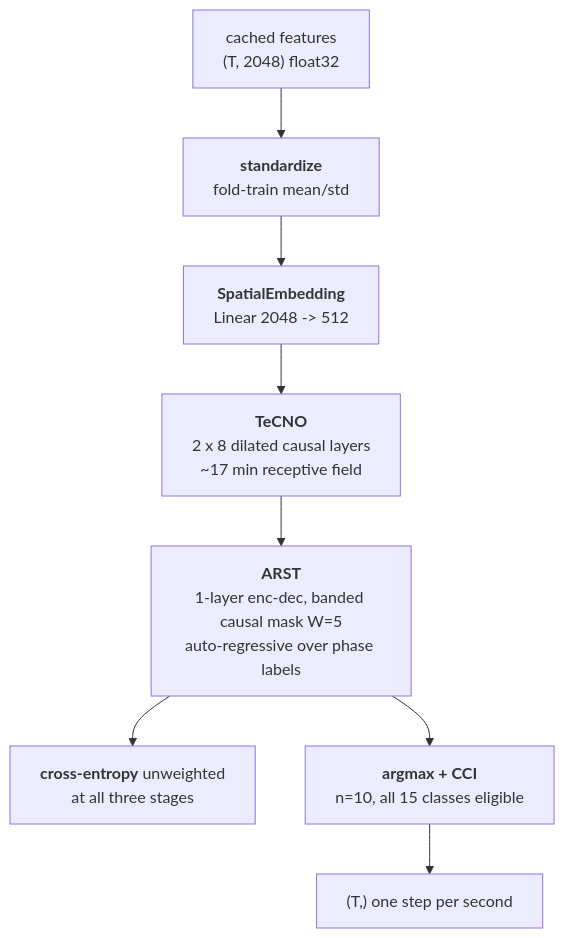
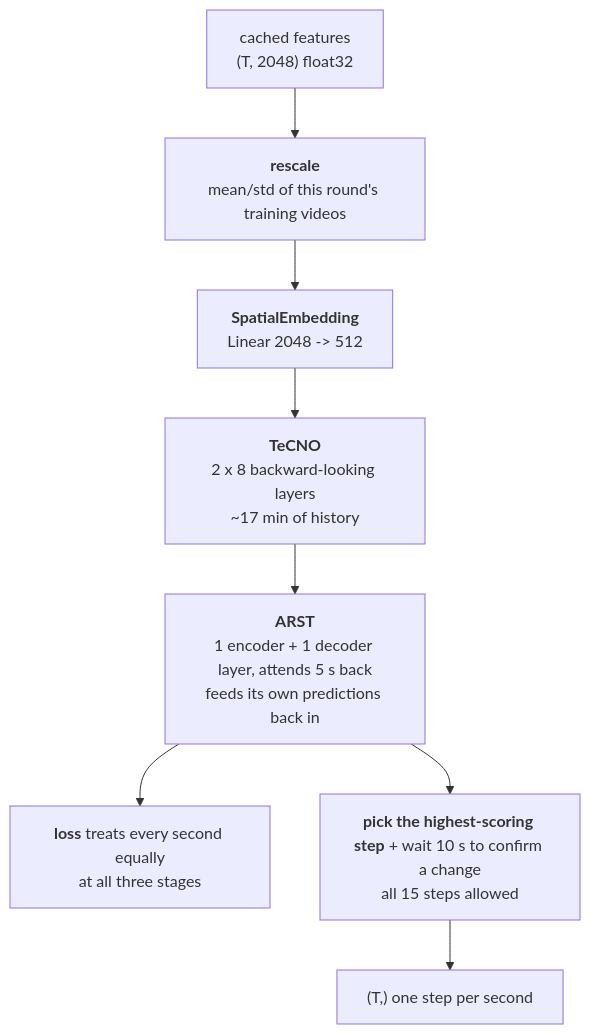
One commit to wylliamunlimited/pitvis-phase-recognition changed the first of 4 diagrams in notes/models/step-variants.md. Above: the diagram before and after it, drawn with Mermaid. The commit also changed other lines of this file, not shown here.

First line of the commit message:
docs(step-variants): plain language, same numbers

````diff
--- a/notes/models/step-variants.md
+++ b/notes/models/step-variants.md
@@ -47,13 +64,13 @@
 ```mermaid
 flowchart TD
     F["cached features<br/>(T, 2048) float32"]
-    STD["<b>standardize</b><br/>fold-train mean/std"]
+    STD["<b>rescale</b><br/>mean/std of this round's training videos"]
     SP["<b>SpatialEmbedding</b><br/>Linear 2048 -> 512"]
-    TC["<b>TeCNO</b><br/>2 x 8 dilated causal layers<br/>~17 min receptive field"]
-    AR["<b>ARST</b><br/>1-layer enc-dec, banded causal mask W=5<br/>auto-regressive over phase labels"]
-    CE["<b>cross-entropy</b> unweighted<br/>at all three stages"]
-    D["<b>argmax + CCI</b><br/>n=10, all 15 classes eligible"]
+    TC["<b>TeCNO</b><br/>2 x 8 backward-looking layers<br/>~17 min of history"]
+    AR["<b>ARST</b><br/>1 encoder + 1 decoder layer, attends 5 s back<br/>feeds its own predictions back in"]
+    CE["<b>loss</b> treats every second equally<br/>at all three stages"]
+    D["<b>pick the highest-scoring step</b> + wait 10 s to confirm a change<br/>all 15 steps allowed"]
     P["(T,) one step per second"]
     F --> STD --> SP --> TC --> AR --> CE
     AR --> D --> P
 ```
````
